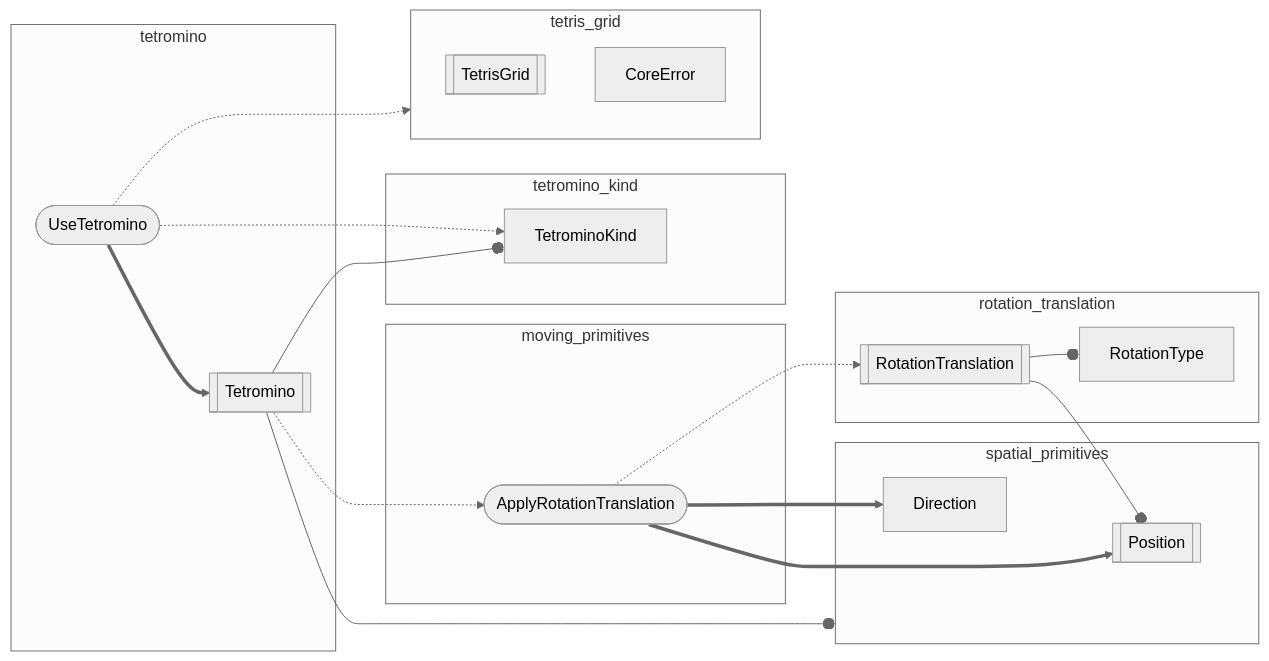
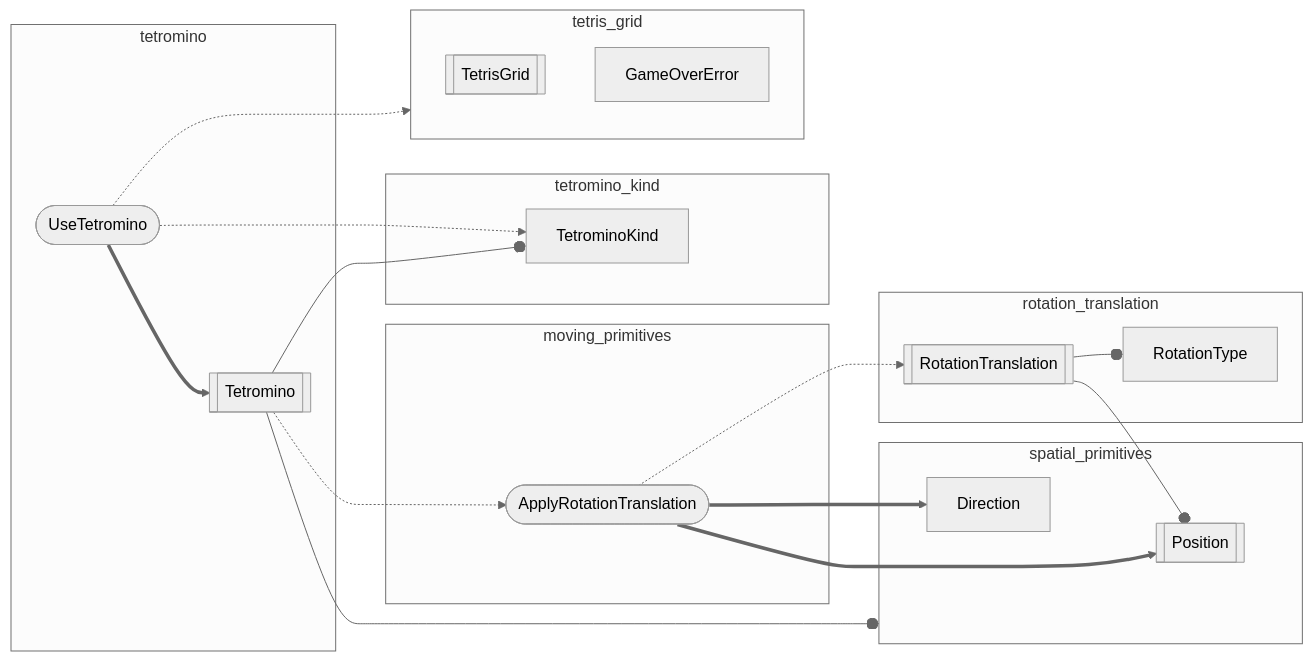
Before and after one commit to inesvar/tetris: the first of 2 diagrams in src/app/player/core/flowgraph.md, drawn with Mermaid (neutral theme). The commit also changed 7 other files, not shown here.

Commit message:
Rename CoreError -> GameOverError

````diff
--- a/src/app/player/core/flowgraph.md
+++ b/src/app/player/core/flowgraph.md
@@ -3,58 +3,58 @@
 ```mermaid
 graph LR
     %% objects
     Position[[Position]]
     Direction[Direction]
     RotationTranslation[[RotationTranslation]]
     RotationType[RotationType]
     ApplyRotationTranslation([ApplyRotationTranslation])
     TetrisGrid[[TetrisGrid]]
     Tetromino[[Tetromino]]
     UseTetromino([UseTetromino])
-    CoreError[CoreError]
+    GameOverError[GameOverError]
     TetrominoKind[TetrominoKind]
 
     %% modules
     spatial_primitives[spatial_primitives]
     rotation_translation[rotation_translation]
     moving_primitives[moving_primitives]
     tetromino[tetromino]
     tetromino_kind[tetromino_kind]
 
     subgraph spatial_primitives
         Direction ~~~ Position
     end
 
     subgraph rotation_translation
         RotationTranslation --o RotationType
     end
 
     RotationTranslation --o Position
 
     subgraph moving_primitives
         ApplyRotationTranslation
     end
 
     ApplyRotationTranslation ==> Position & Direction
     ApplyRotationTranslation -.-> RotationTranslation
 
     subgraph tetromino
         UseTetromino ==> Tetromino
     end
 
     Tetromino -.-> ApplyRotationTranslation
 
     subgraph tetromino_kind
         TetrominoKind
     end
 
     subgraph tetris_grid
         TetrisGrid
-        CoreError
+        GameOverError
     end
 
     Tetromino ~~~ tetris_grid
 
     UseTetromino -.-> tetris_grid & TetrominoKind
     Tetromino --o spatial_primitives & TetrominoKind
 ```
````
